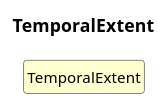
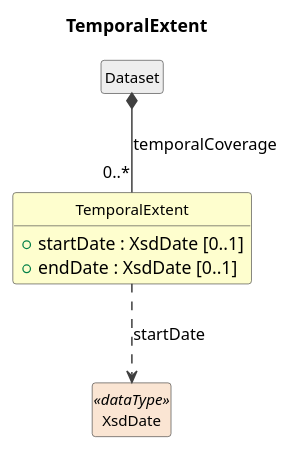
Before and after one commit to Cross-Domain-Interoperability-Framework/metadataBuildingBlocks: the diagram in cdif-uml-model/cdifDiscovery/Classes/TemporalExtent.pu, drawn with PlantUML. The commit also changed 466 other files, not shown here.

First line of the commit message:
cdif-uml-model: regen for cdifDiscovery split (module + composites)

```diff
--- a/cdif-uml-model/cdifDiscovery/Classes/TemporalExtent.pu
+++ b/cdif-uml-model/cdifDiscovery/Classes/TemporalExtent.pu
@@ -1,15 +1,22 @@
 @startuml
 title TemporalExtent
 hide circle
 hide empty members
 skinparam shadowing false
 skinparam ArrowThickness 1.2
 skinparam class {
   ArrowColor #404040
   BorderColor #404040
   FontSize 12
 }
 
-class "TemporalExtent" as TemporalExtent #FEFECE
+class "TemporalExtent" as TemporalExtent #FEFECE {
+  +startDate : XsdDate [0..1]
+  +endDate : XsdDate [0..1]
+}
+class "Dataset" as Dataset #EEEEEE
+Dataset *-- "0..*" TemporalExtent : temporalCoverage
+class "XsdDate" as XsdDate <<dataType>> #FAE5D3
+TemporalExtent ..> XsdDate : startDate
 
 @enduml
```
